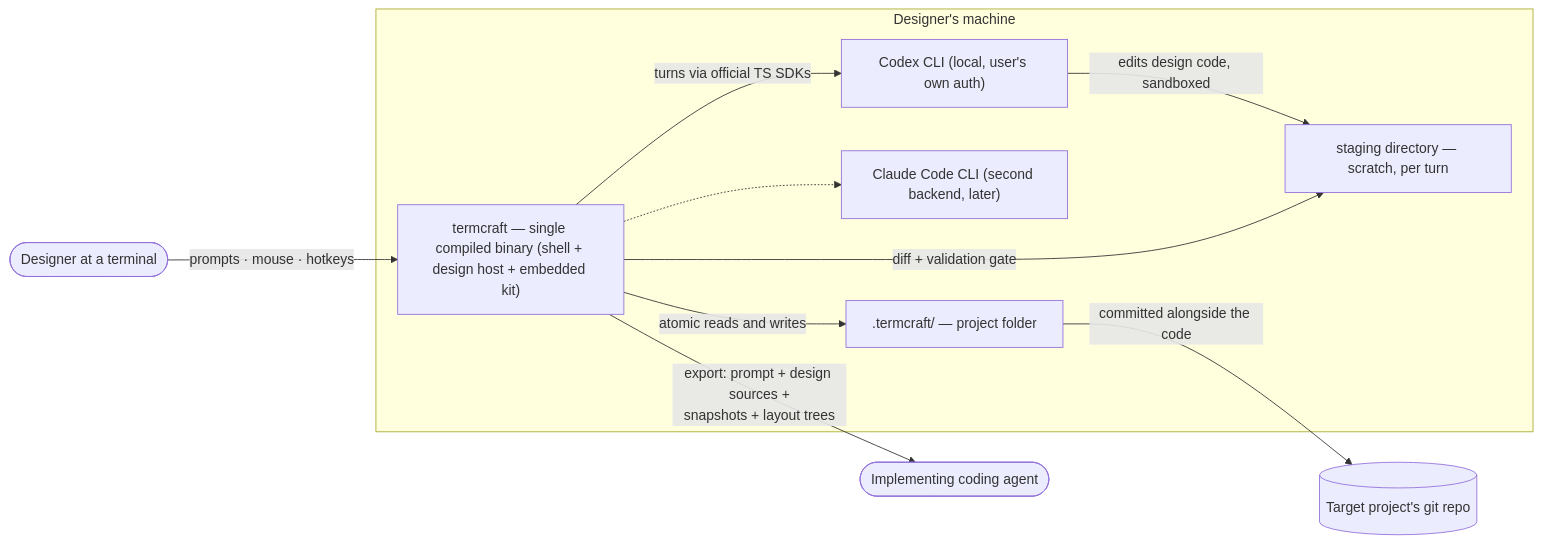
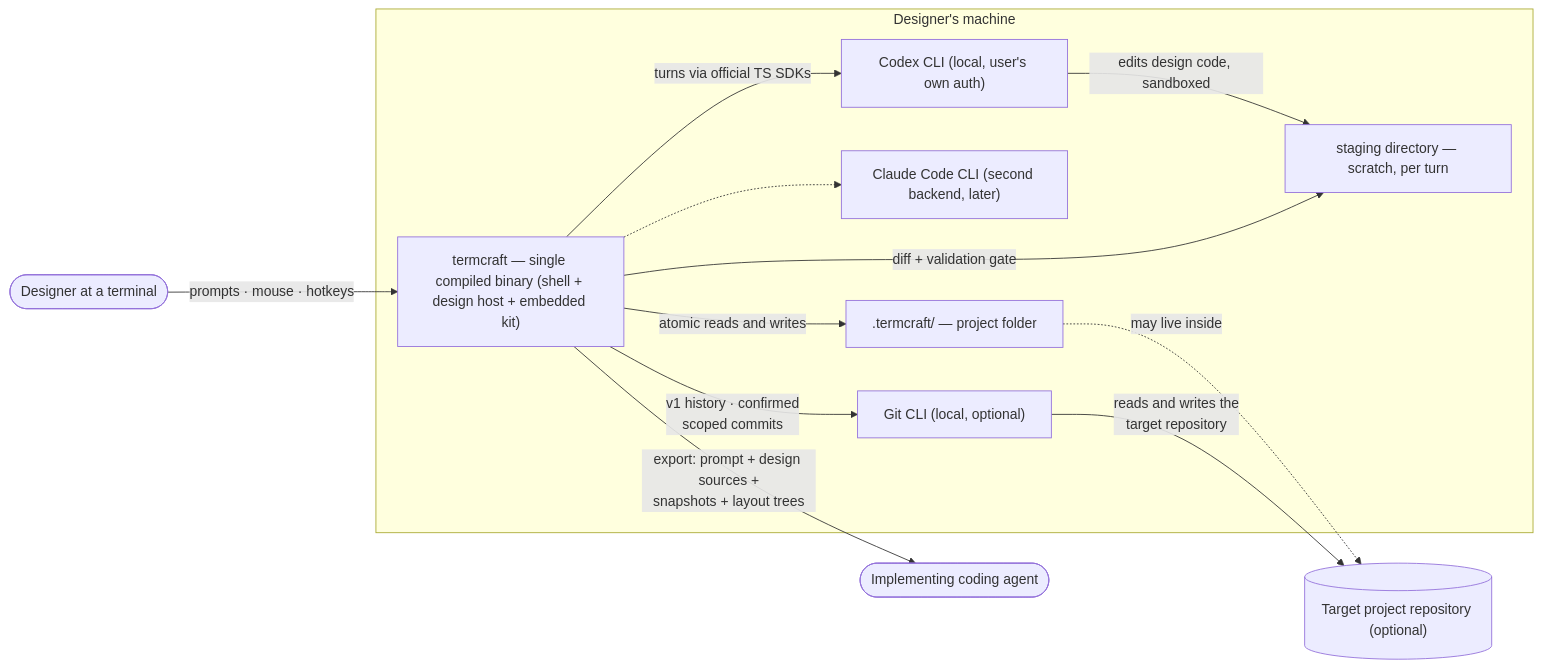
The diagram in docs/architecture/overview.md (khmilevoi/termcraft), drawn with Mermaid before and after one commit. The commit also changed other lines of this file and 3 other files, not shown here.

Commit message:
docs(architecture): add Git integration boundaries

````diff
--- a/docs/architecture/overview.md
+++ b/docs/architecture/overview.md
@@ -3,22 +3,25 @@
 ```mermaid
 flowchart LR
     designer(["Designer at a terminal"])
     coder(["Implementing coding agent"])
     subgraph machine["Designer's machine"]
         termcraft["termcraft — single compiled binary (shell + design host + embedded kit)"]
         codexcli["Codex CLI (local, user's own auth)"]
         claudecli["Claude Code CLI (second backend, later)"]
+        gitcli["Git CLI (local, optional)"]
         staging["staging directory — scratch, per turn"]
         folder[".termcraft/ — project folder"]
     end
-    repo[("Target project's git repo")]
+    repo[("Target project repository (optional)")]
 
     designer -- "prompts · mouse · hotkeys" --> termcraft
     termcraft -- "turns via official TS SDKs" --> codexcli
     termcraft -.-> claudecli
     codexcli -- "edits design code, sandboxed" --> staging
     termcraft -- "diff + validation gate" --> staging
     termcraft -- "atomic reads and writes" --> folder
-    folder -- "committed alongside the code" --> repo
+    folder -. "may live inside" .-> repo
+    termcraft -- "v1 history · confirmed<br/>scoped commits" --> gitcli
+    gitcli -- "reads and writes the<br/>target repository" --> repo
     termcraft -- "export: prompt + design sources +<br/>snapshots + layout trees" --> coder
 ```
````
